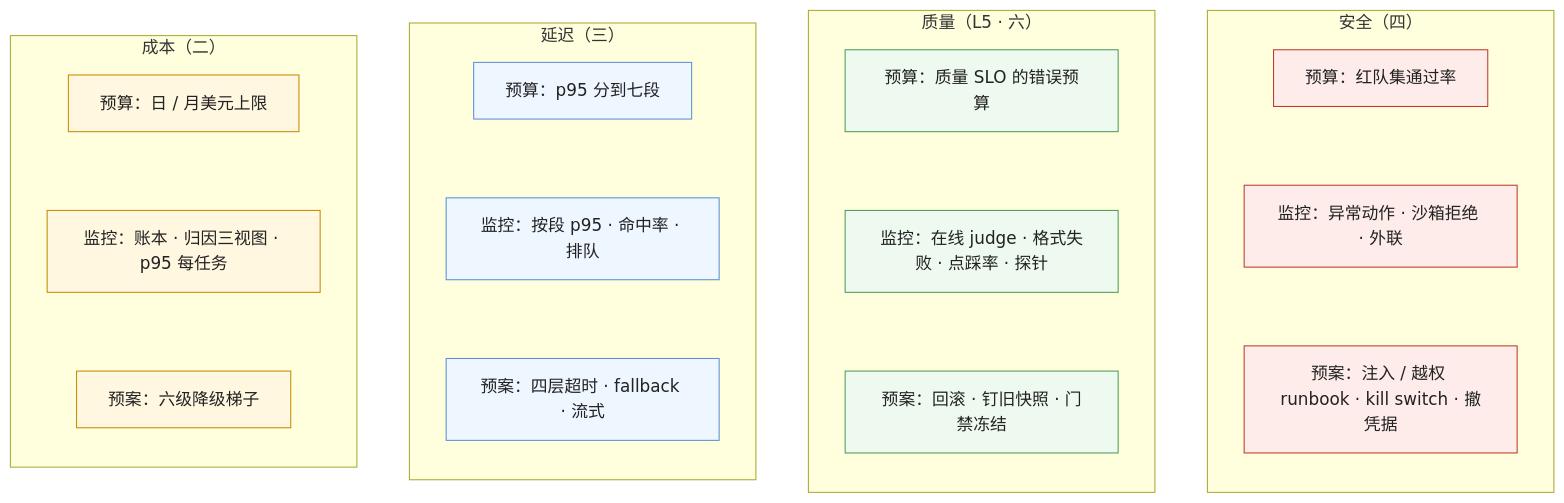
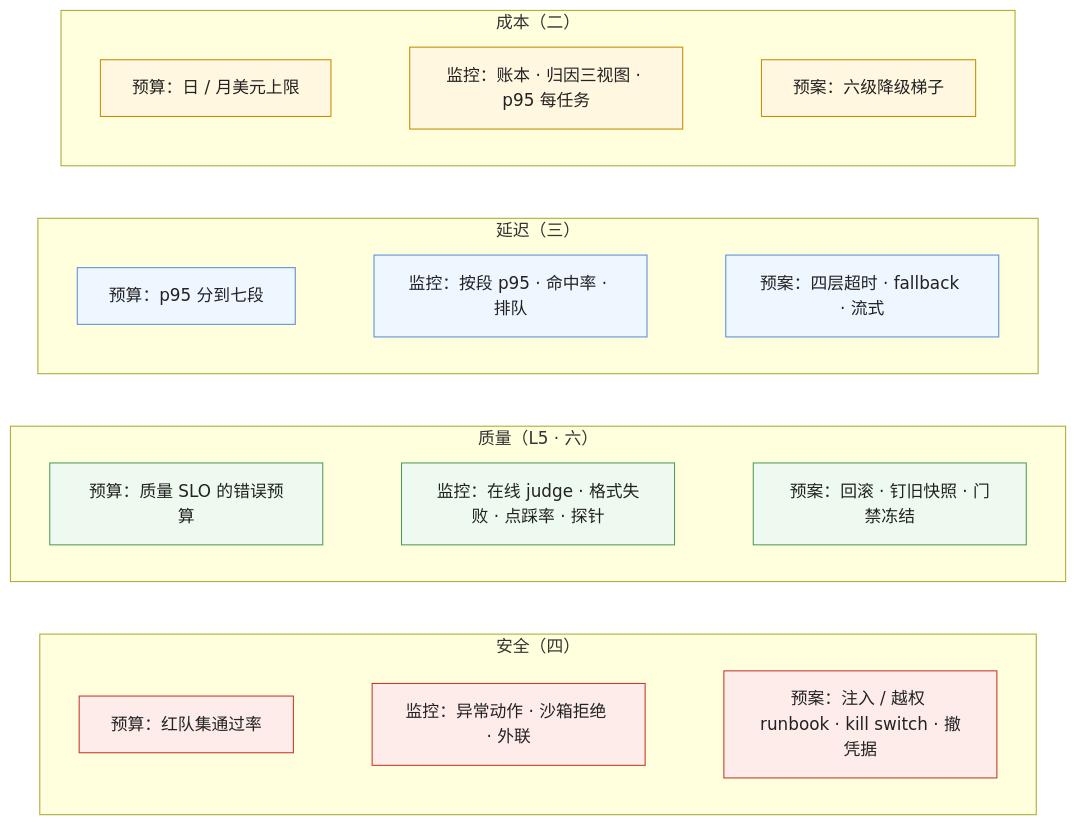
The second of 4 diagrams in _posts/2026-11-14-production-and-operations-series-recap-and-self-test.md (arganzheng/arganzheng.github.com), drawn with Mermaid before and after one commit. The commit also changed 3 other files, not shown here.

First line of the commit message:
应用地图：三张被压扁的 Mermaid 改方向，去掉产品系列术语表里不再出现的 TTFT

````diff
--- a/_posts/2026-11-14-production-and-operations-series-recap-and-self-test.md
+++ b/_posts/2026-11-14-production-and-operations-series-recap-and-self-test.md
@@ -190,29 +190,29 @@
 ```mermaid
 %% 图：四个指标各有预算、监控、预案——成本：美元预算 · 账本与归因面板 · 六级降级梯子；延迟：p95 预算分段 · 按段告警 · 四层超时与 fallback；质量：错误预算 · 在线 judge / 格式失败 / 点踩率 · 回滚与探针；安全：红队通过率 · 异常动作检测 · 注入 / 越权 runbook 与 kill switch；任何改动同时看四个
-flowchart LR
+flowchart TB
     subgraph COST["成本（二）"]
-        direction TB
+        direction LR
         C1["预算：日 / 月美元上限"] ~~~ C2["监控：账本 · 归因三视图 · p95 每任务"] ~~~ C3["预案：六级降级梯子"]
     end
     subgraph LAT["延迟（三）"]
-        direction TB
+        direction LR
         L1["预算：p95 分到七段"] ~~~ L2["监控：按段 p95 · 命中率 · 排队"] ~~~ L3["预案：四层超时 · fallback · 流式"]
     end
     subgraph QUAL["质量（L5 · 六）"]
-        direction TB
+        direction LR
         Q1["预算：质量 SLO 的错误预算"] ~~~ Q2["监控：在线 judge · 格式失败 · 点踩率 · 探针"] ~~~ Q3["预案：回滚 · 钉旧快照 · 门禁冻结"]
     end
     subgraph SEC["安全（四）"]
-        direction TB
+        direction LR
         S1["预算：红队集通过率"] ~~~ S2["监控：异常动作 · 沙箱拒绝 · 外联"] ~~~ S3["预案：注入 / 越权 runbook · kill switch · 撤凭据"]
     end
     COST ~~~ LAT ~~~ QUAL ~~~ SEC
     classDef c fill:#fff7e0,stroke:#c98a00,color:#222
     classDef l fill:#eef6ff,stroke:#5b8fd6,color:#222
     classDef q fill:#eefaf0,stroke:#4d9a5c,color:#222
     classDef s fill:#fdecea,stroke:#c0392b,color:#222
     class C1,C2,C3 c
     class L1,L2,L3 l
     class Q1,Q2,Q3 q
     class S1,S2,S3 s
 ```
````
